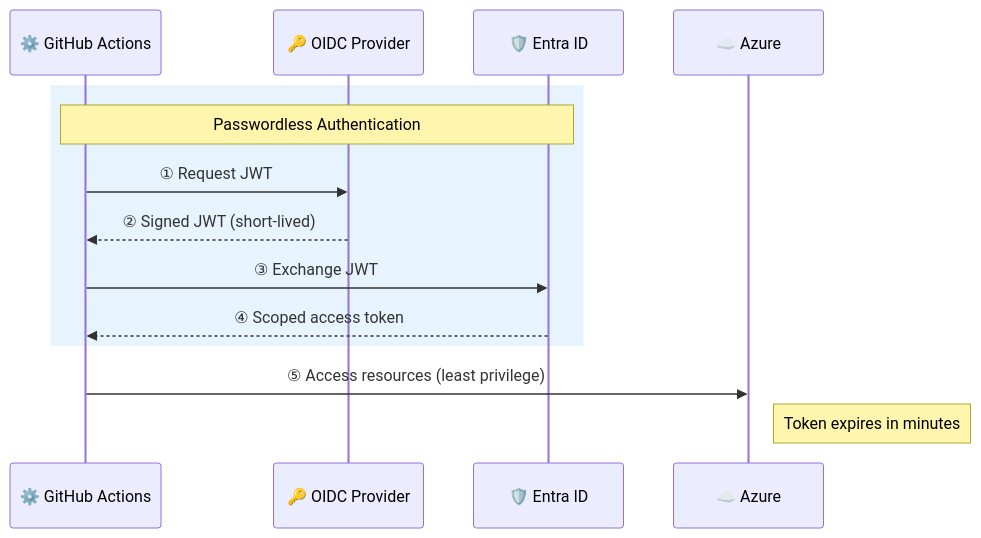
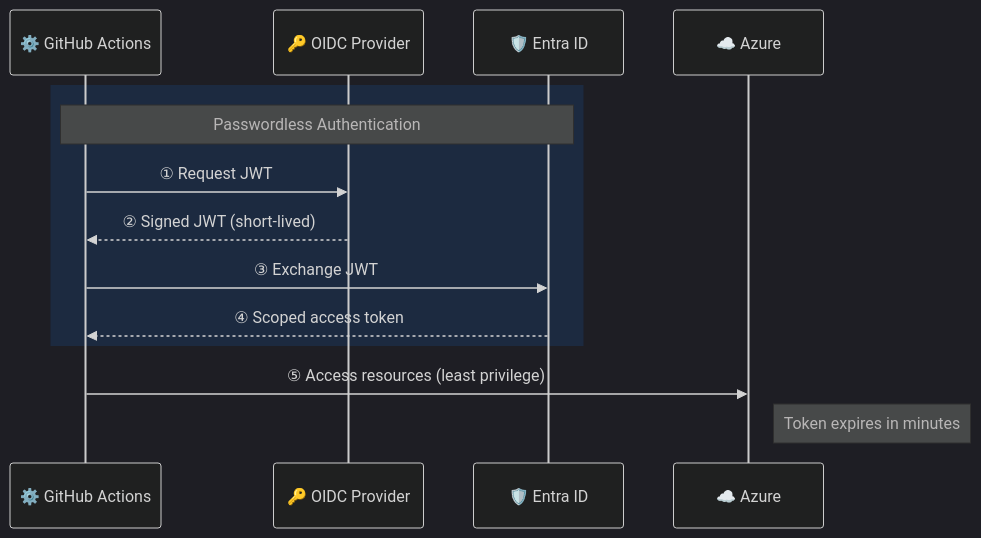
Before and after one commit to ks6088ts/template-github-copilot: the fourth of 5 diagrams in docs/copilot_report_forge/architecture.md, drawn with Mermaid. The commit also changed other lines of this file and 13 other files, not shown here.

````diff
--- a/docs/copilot_report_forge/architecture.md
+++ b/docs/copilot_report_forge/architecture.md
@@ -167,18 +170,19 @@
 ```mermaid
+%%{init: {'theme': 'dark'}}%%
 sequenceDiagram
     participant GHA as ⚙️ GitHub Actions
     participant OIDC as 🔑 OIDC Provider
     participant Entra as 🛡️ Entra ID
     participant AZ as ☁️ Azure
 
-    rect rgb(232, 244, 253)
+    rect rgba(26, 54, 93, 0.5)
         note over GHA,Entra: Passwordless Authentication
         GHA->>OIDC: ① Request JWT
         OIDC-->>GHA: ② Signed JWT (short-lived)
         GHA->>Entra: ③ Exchange JWT
         Entra-->>GHA: ④ Scoped access token
     end
 
     GHA->>AZ: ⑤ Access resources (least privilege)
     note right of AZ: Token expires in minutes
 ```
````
